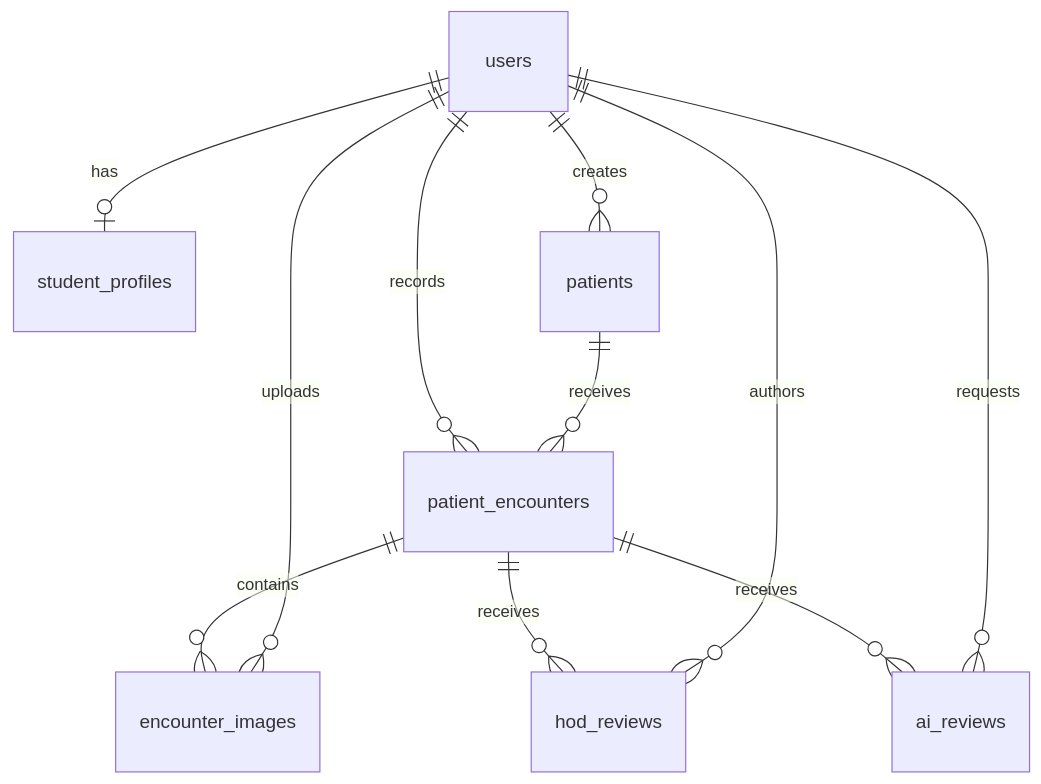
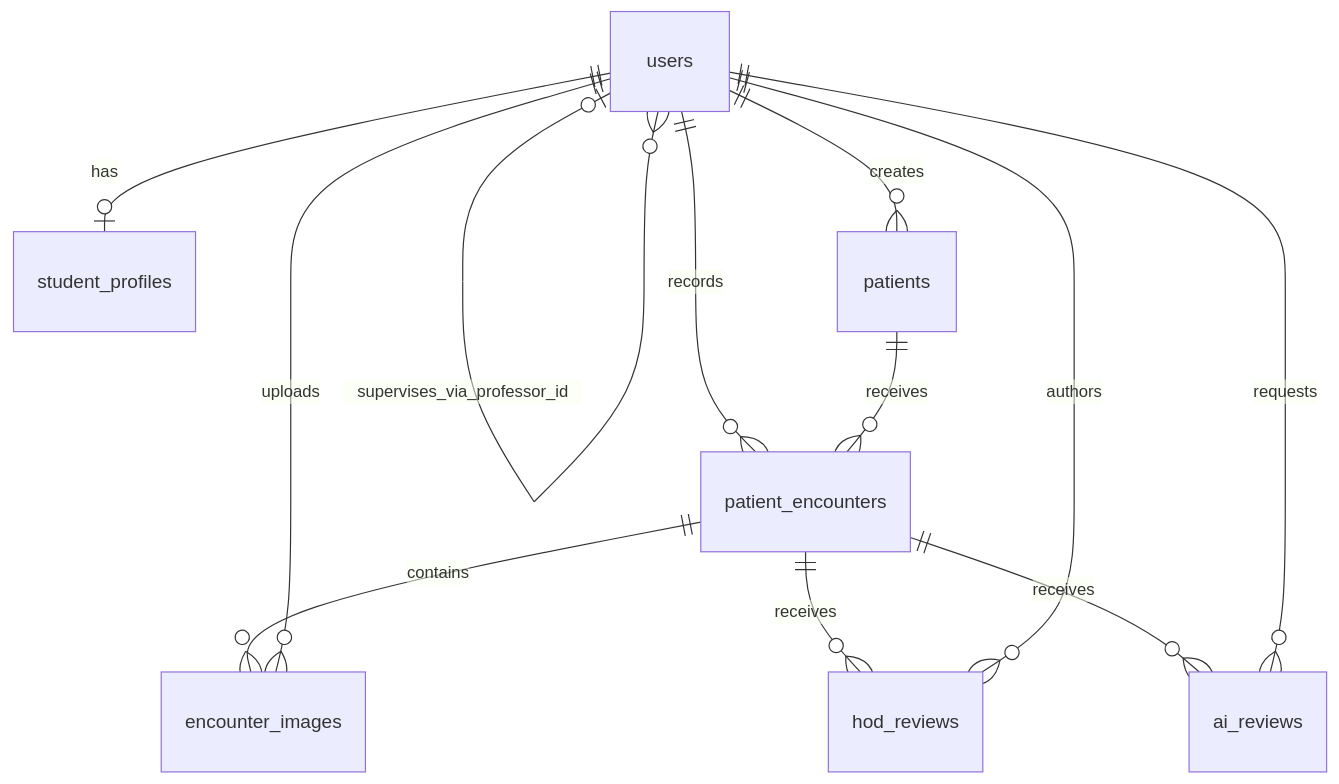
One commit to princealbrightab/ClinObserve changed the diagram in DATABASE_DESIGN.md. Above: the diagram before and after it, drawn with Mermaid. The commit also changed other lines of this file and 43 other files, not shown here.

````diff
--- a/DATABASE_DESIGN.md
+++ b/DATABASE_DESIGN.md
@@ -17,13 +17,14 @@
 ```mermaid
 erDiagram
+    users |o--o{ users : supervises_via_professor_id
     users ||--o| student_profiles : has
     users ||--o{ patients : creates
     users ||--o{ patient_encounters : records
     patients ||--o{ patient_encounters : receives
     patient_encounters ||--o{ encounter_images : contains
     users ||--o{ encounter_images : uploads
     patient_encounters ||--o{ hod_reviews : receives
     users ||--o{ hod_reviews : authors
     patient_encounters ||--o{ ai_reviews : receives
     users ||--o{ ai_reviews : requests
 ```
````
